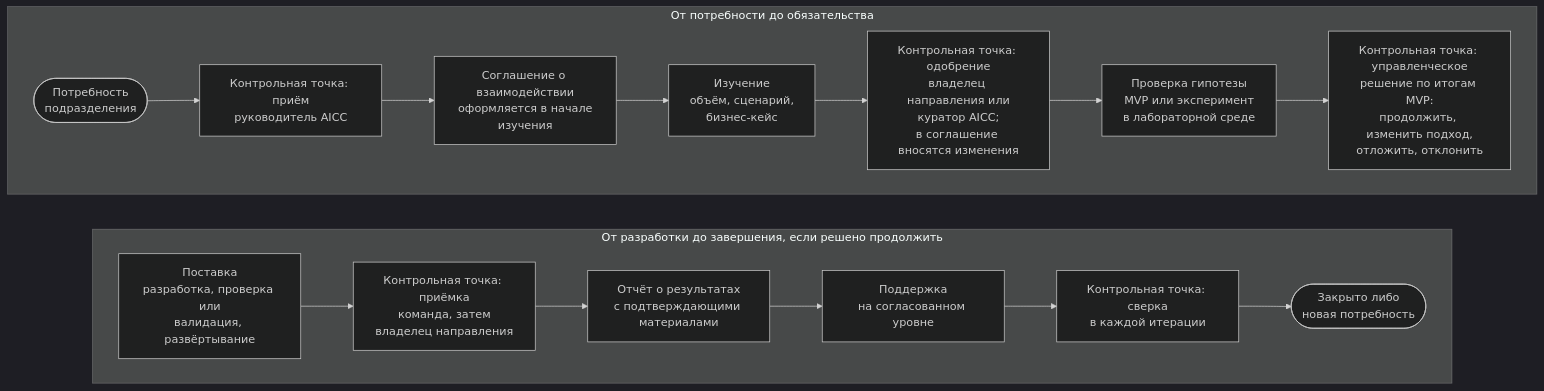
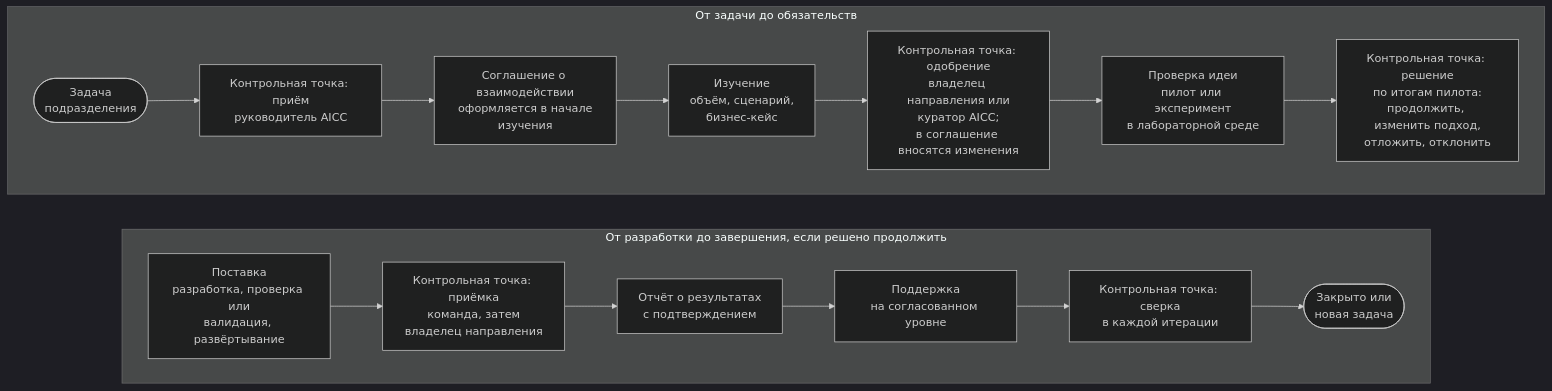
Before and after one commit to devhogu/ob-aicc: the diagram in portal/content/ru/about/how-we-work.md, drawn with Mermaid (dark theme). The commit also changed other lines of this file and 101 other files, not shown here.

````diff
--- a/portal/content/ru/about/how-we-work.md
+++ b/portal/content/ru/about/how-we-work.md
@@ -15,21 +15,21 @@
 ```mermaid
 flowchart TB
-  subgraph ROW1["От потребности до обязательства"]
+  subgraph ROW1["От задачи до обязательств"]
     direction LR
-    C(["Потребность<br/>подразделения"]) --> G1["Контрольная точка: приём<br/>руководитель AICC"]
+    C(["Задача<br/>подразделения"]) --> G1["Контрольная точка: приём<br/>руководитель AICC"]
     G1 --> SA["Соглашение о взаимодействии<br/>оформляется в начале<br/>изучения"]
     SA --> ST["Изучение<br/>объём, сценарий,<br/>бизнес-кейс"]
     ST --> G2["Контрольная точка: одобрение<br/>владелец направления или<br/>куратор AICC;<br/>в соглашение вносятся изменения"]
-    G2 --> MV["Проверка гипотезы<br/>MVP или эксперимент<br/>в лабораторной среде"]
-    MV --> G3["Контрольная точка: управленческое<br/>решение по итогам MVP:<br/>продолжить, изменить подход,<br/>отложить, отклонить"]
+    G2 --> MV["Проверка идеи<br/>пилот или эксперимент<br/>в лабораторной среде"]
+    MV --> G3["Контрольная точка: решение<br/>по итогам пилота:<br/>продолжить, изменить подход,<br/>отложить, отклонить"]
   end
   subgraph ROW2["От разработки до завершения, если решено продолжить"]
     direction LR
     DL["Поставка<br/>разработка, проверка или<br/>валидация, развёртывание"] --> G4["Контрольная точка: приёмка<br/>команда, затем<br/>владелец направления"]
-    G4 --> OR["Отчёт о результатах<br/>с подтверждающими материалами"]
+    G4 --> OR["Отчёт о результатах<br/>с подтверждением"]
     OR --> SP["Поддержка<br/>на согласованном уровне"]
     SP --> G5["Контрольная точка: сверка<br/>в каждой итерации"]
-    G5 --> E(["Закрыто либо<br/>новая потребность"])
+    G5 --> E(["Закрыто или<br/>новая задача"])
   end
   ROW1 ~~~ ROW2
 ```
````
